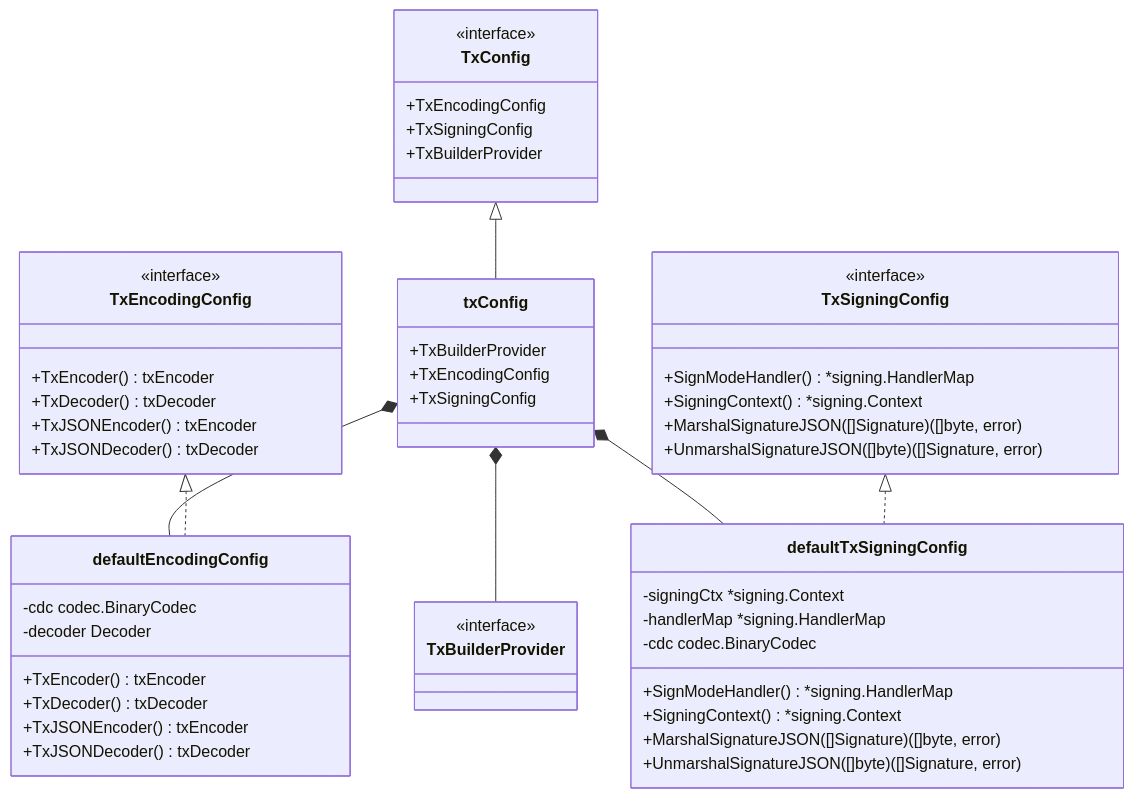
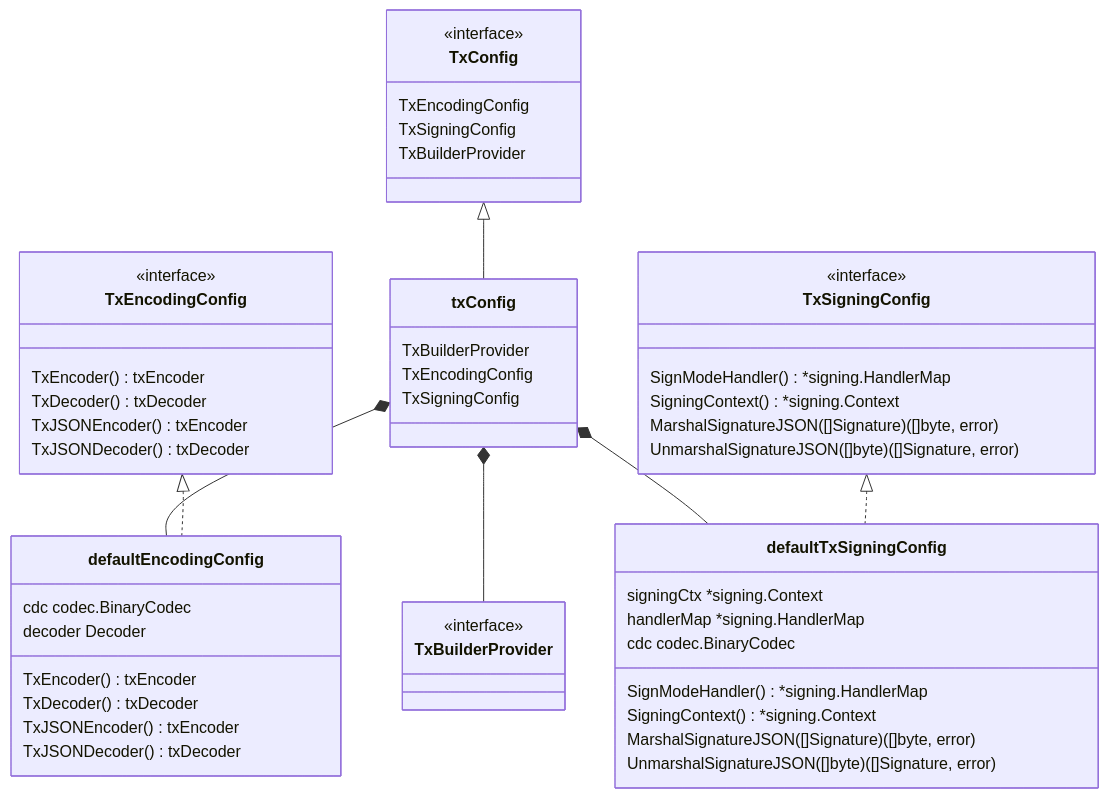
One commit to cosmos/cosmos-sdk changed the second of 9 diagrams in client/v2/tx/README.md. Above: the diagram before and after it, drawn with Mermaid. The commit also changed other lines of this file and 3 other files, not shown here.

````diff
--- a/client/v2/tx/README.md
+++ b/client/v2/tx/README.md
@@ -39,61 +39,61 @@
 ```mermaid
 classDiagram
     class TxConfig {
         <<interface>>
-        +TxEncodingConfig
-        +TxSigningConfig
-        +TxBuilderProvider
+        TxEncodingConfig
+        TxSigningConfig
+        TxBuilderProvider
     }
 
     class TxEncodingConfig {
         <<interface>>
-        +TxEncoder() txEncoder
-        +TxDecoder() txDecoder
-        +TxJSONEncoder() txEncoder
-        +TxJSONDecoder() txDecoder
+        TxEncoder() txEncoder
+        TxDecoder() txDecoder
+        TxJSONEncoder() txEncoder
+        TxJSONDecoder() txDecoder
     }
 
     class TxSigningConfig {
         <<interface>>
-        +SignModeHandler() *signing.HandlerMap
-        +SigningContext() *signing.Context
-        +MarshalSignatureJSON([]Signature) ([]byte, error)
-        +UnmarshalSignatureJSON([]byte) ([]Signature, error)
+        SignModeHandler() *signing.HandlerMap
+        SigningContext() *signing.Context
+        MarshalSignatureJSON([]Signature) ([]byte, error)
+        UnmarshalSignatureJSON([]byte) ([]Signature, error)
     }
 
     class TxBuilderProvider {
         <<interface>>
     }
 
     class txConfig {
-        +TxBuilderProvider
-        +TxEncodingConfig
-        +TxSigningConfig
+        TxBuilderProvider
+        TxEncodingConfig
+        TxSigningConfig
     }
 
     class defaultEncodingConfig {
-        -cdc codec.BinaryCodec
-        -decoder Decoder
-        +TxEncoder() txEncoder
-        +TxDecoder() txDecoder
-        +TxJSONEncoder() txEncoder
-        +TxJSONDecoder() txDecoder
+        cdc codec.BinaryCodec
+        decoder Decoder
+        TxEncoder() txEncoder
+        TxDecoder() txDecoder
+        TxJSONEncoder() txEncoder
+        TxJSONDecoder() txDecoder
     }
 
     class defaultTxSigningConfig {
-        -signingCtx *signing.Context
-        -handlerMap *signing.HandlerMap
-        -cdc codec.BinaryCodec
-        +SignModeHandler() *signing.HandlerMap
-        +SigningContext() *signing.Context
-        +MarshalSignatureJSON([]Signature) ([]byte, error)
-        +UnmarshalSignatureJSON([]byte) ([]Signature, error)
+        signingCtx *signing.Context
+        handlerMap *signing.HandlerMap
+        cdc codec.BinaryCodec
+        SignModeHandler() *signing.HandlerMap
+        SigningContext() *signing.Context
+        MarshalSignatureJSON([]Signature) ([]byte, error)
+        UnmarshalSignatureJSON([]byte) ([]Signature, error)
     }
 
     TxConfig <|-- txConfig
     TxEncodingConfig <|.. defaultEncodingConfig
     TxSigningConfig <|.. defaultTxSigningConfig
     txConfig *-- TxBuilderProvider
     txConfig *-- defaultEncodingConfig
     txConfig *-- defaultTxSigningConfig
 ```
````
